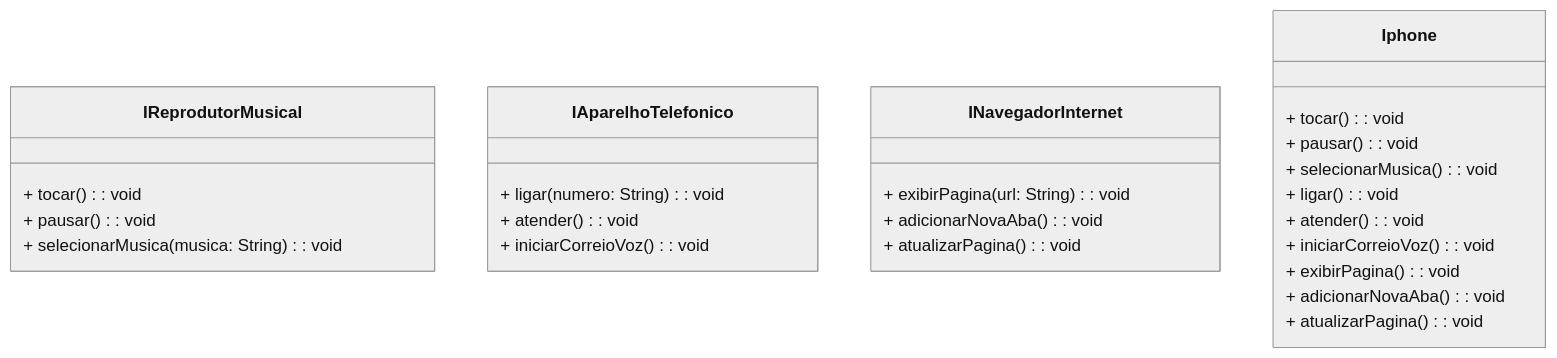
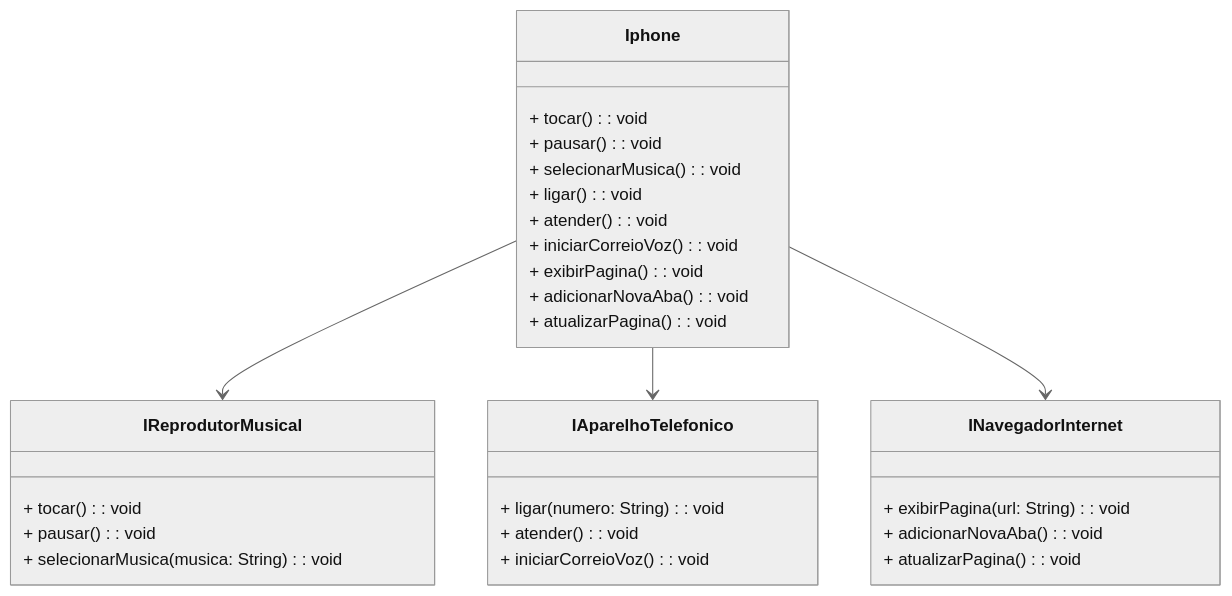
Before and after one commit to sergioperess/java_exemplos: the diagram in src/poo/Diagrama UML.md, drawn with Mermaid (neutral theme).

Commit message:
Correção de bugs

````diff
--- a/src/poo/Diagrama UML.md
+++ b/src/poo/Diagrama UML.md
@@ -2,36 +2,36 @@
 ```mermaid
 classDiagram
     class IReprodutorMusical {
         + tocar(): void
         + pausar(): void
         + selecionarMusica(musica: String): void
     }
 
     class IAparelhoTelefonico {
         + ligar(numero: String): void
         + atender(): void
         + iniciarCorreioVoz(): void
     }
 
     class INavegadorInternet {
         + exibirPagina(url: String): void
         + adicionarNovaAba(): void
         + atualizarPagina(): void
     }
 
     class Iphone {
         + tocar(): void
         + pausar(): void
         + selecionarMusica(): void
         + ligar(): void
         + atender(): void
         + iniciarCorreioVoz(): void
         + exibirPagina(): void
         + adicionarNovaAba(): void
         + atualizarPagina(): void
     }
 
-    Iphone implements IReprodutorMusical
-    Iphone implements IAparelhoTelefonico
-    Iphone implements INavegadorInternet
+    Iphone --> IReprodutorMusical
+    Iphone --> IAparelhoTelefonico
+    Iphone --> INavegadorInternet
 ```
````
